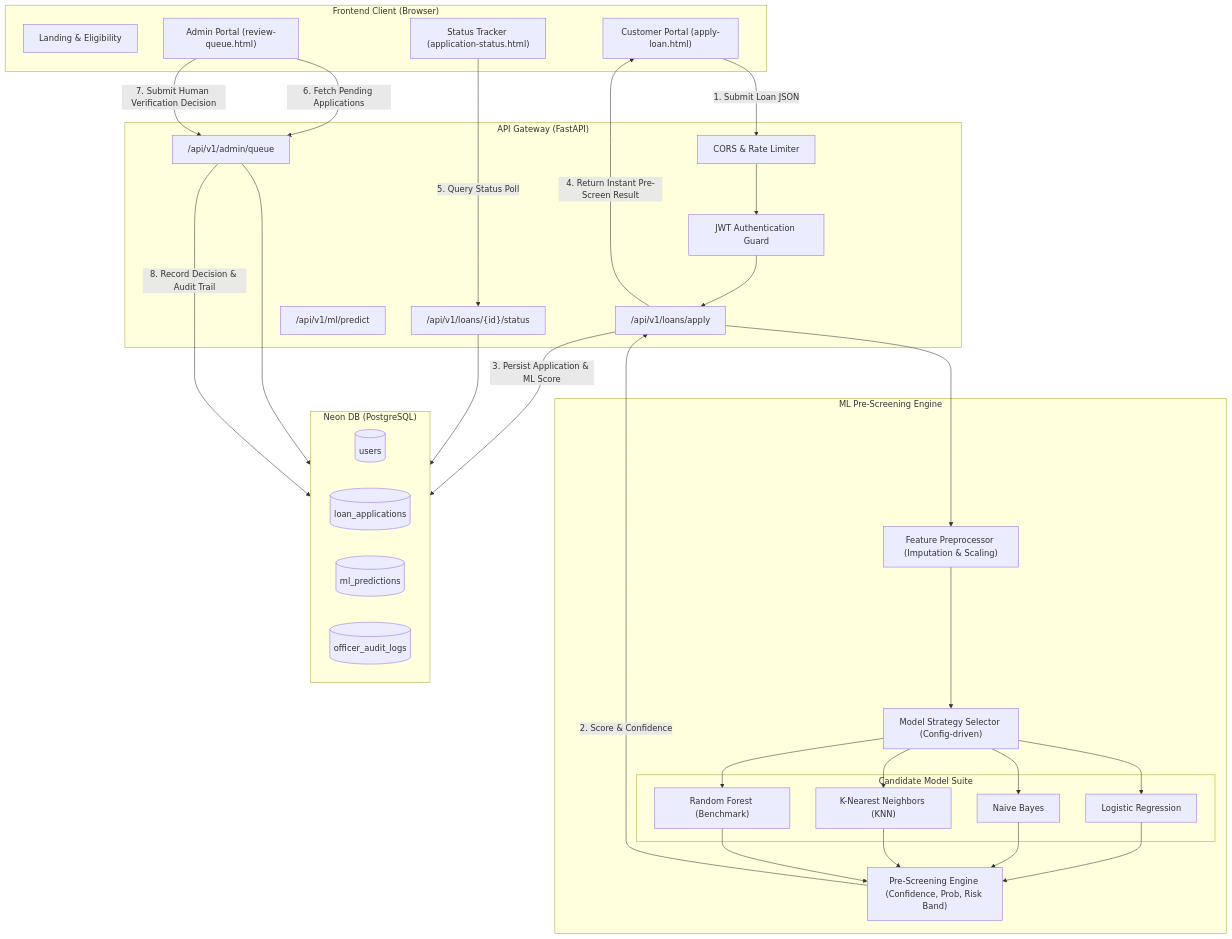
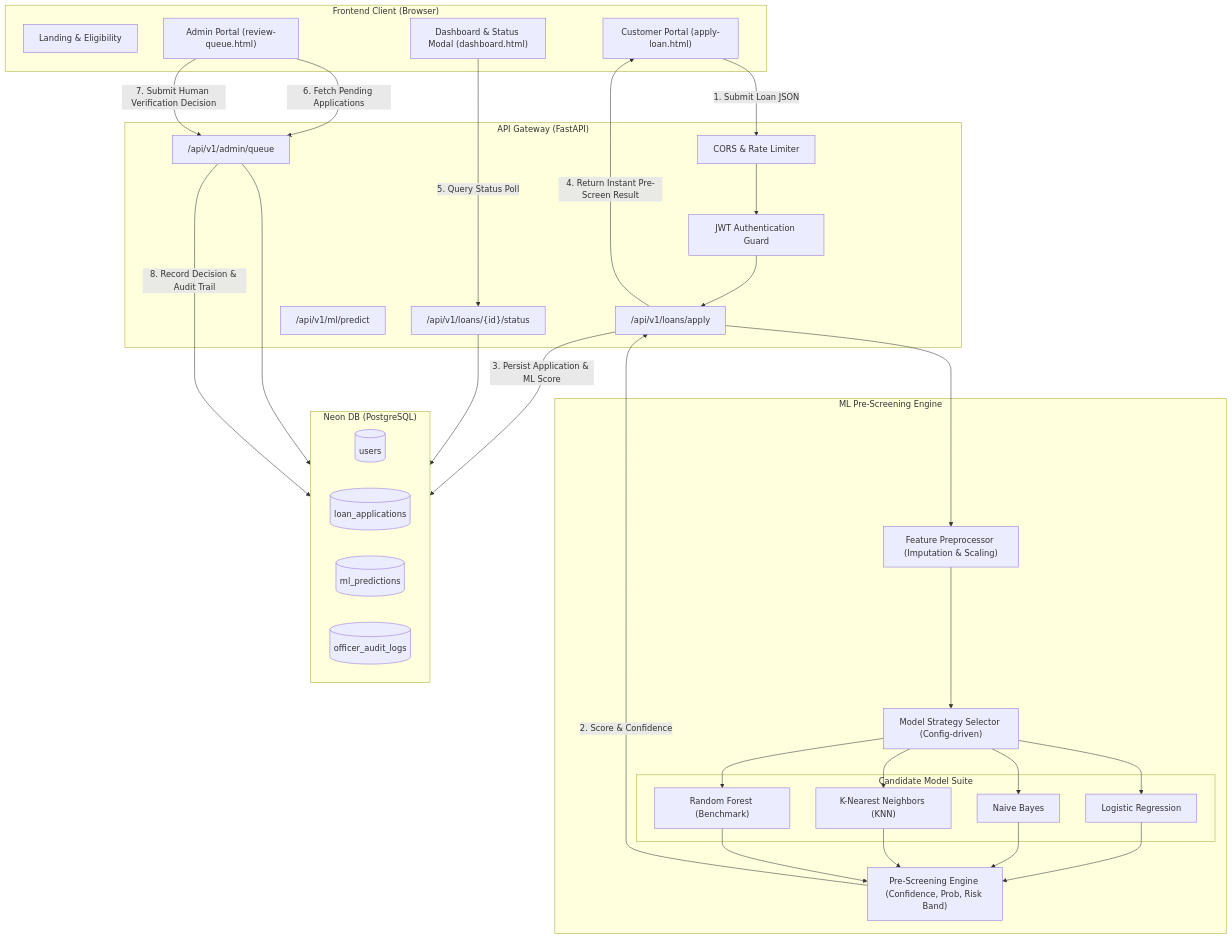
The first of 2 diagrams in docs/Architecture.md (Team-Antimatr/Credora), drawn with Mermaid before and after one commit. The commit also changed other lines of this file and 11 other files, not shown here.

Commit message:
feat(app): consolidate status into dashboard and add new user empty states

````diff
--- a/docs/Architecture.md
+++ b/docs/Architecture.md
@@ -130,56 +129,56 @@
 ```mermaid
 flowchart TD
     subgraph Client["Frontend Client (Browser)"]
         Landing["Landing & Eligibility"]
         Applicant["Customer Portal (apply-loan.html)"]
-        Tracker["Status Tracker (application-status.html)"]
+        Tracker["Dashboard & Status Modal (dashboard.html)"]
         Officer["Admin Portal (review-queue.html)"]
     end
 
     subgraph Gateway["API Gateway (FastAPI)"]
         CORS["CORS & Rate Limiter"]
         AuthMiddleware["JWT Authentication Guard"]
         LoanRouter["/api/v1/loans/apply"]
         StatusRouter["/api/v1/loans/{id}/status"]
         AdminRouter["/api/v1/admin/queue"]
         MLRouter["/api/v1/ml/predict"]
     end
 
     subgraph Engine["ML Pre-Screening Engine"]
         Preprocessor["Feature Preprocessor (Imputation & Scaling)"]
         ModelSelector["Model Strategy Selector (Config-driven)"]
         subgraph Models["Candidate Model Suite"]
             LR["Logistic Regression"]
             NB["Naive Bayes"]
             KNN["K-Nearest Neighbors (KNN)"]
             RF["Random Forest (Benchmark)"]
         end
         DecisionEngine["Pre-Screening Engine (Confidence, Prob, Risk Band)"]
     end
 
     subgraph Storage["Neon DB (PostgreSQL)"]
         UsersTable[("users")]
         LoansTable[("loan_applications")]
         PredictionsTable[("ml_predictions")]
         AuditTable[("officer_audit_logs")]
     end
 
     Applicant -->|1. Submit Loan JSON| CORS
     CORS --> AuthMiddleware
     AuthMiddleware --> LoanRouter
     LoanRouter --> Preprocessor
     Preprocessor --> ModelSelector
     ModelSelector --> LR & NB & KNN & RF
     LR & NB & KNN & RF --> DecisionEngine
     DecisionEngine -->|2. Score & Confidence| LoanRouter
     LoanRouter -->|3. Persist Application & ML Score| Storage
     LoanRouter -->|4. Return Instant Pre-Screen Result| Applicant
     
     Tracker -->|5. Query Status Poll| StatusRouter
     StatusRouter --> Storage
 
     Officer -->|6. Fetch Pending Applications| AdminRouter
     AdminRouter --> Storage
     Officer -->|7. Submit Human Verification Decision| AdminRouter
     AdminRouter -->|8. Record Decision & Audit Trail| Storage
 ```
````
